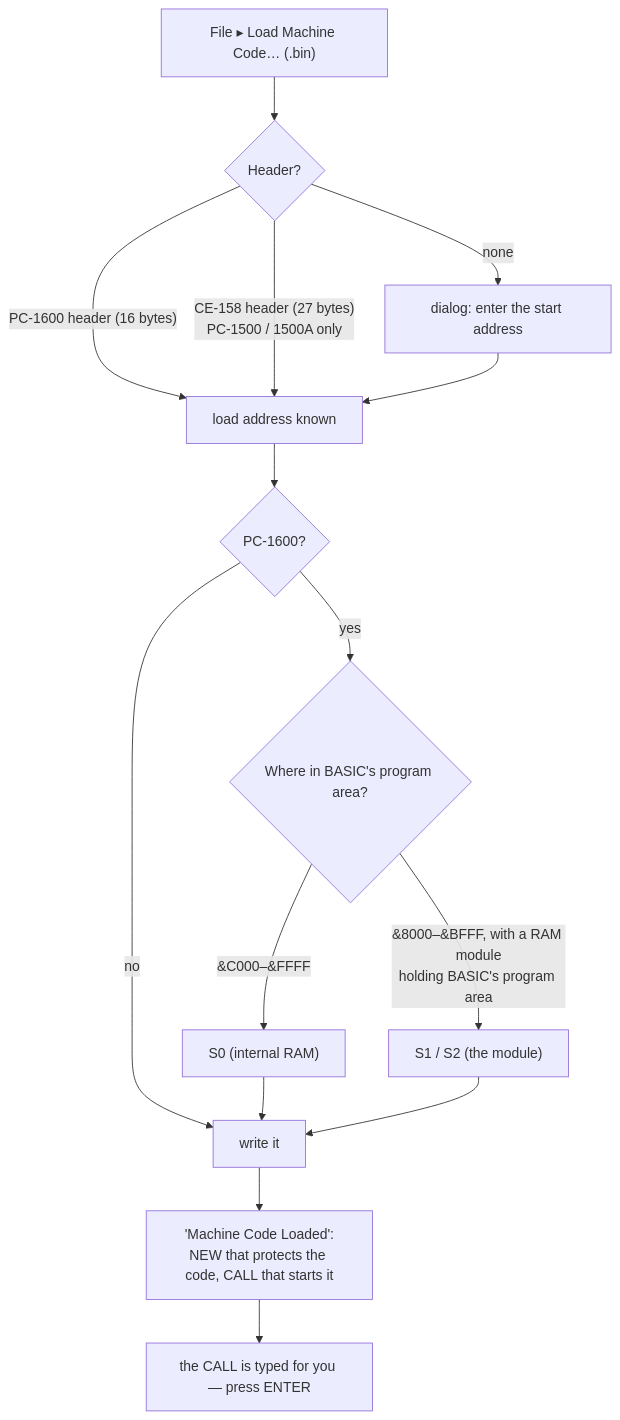
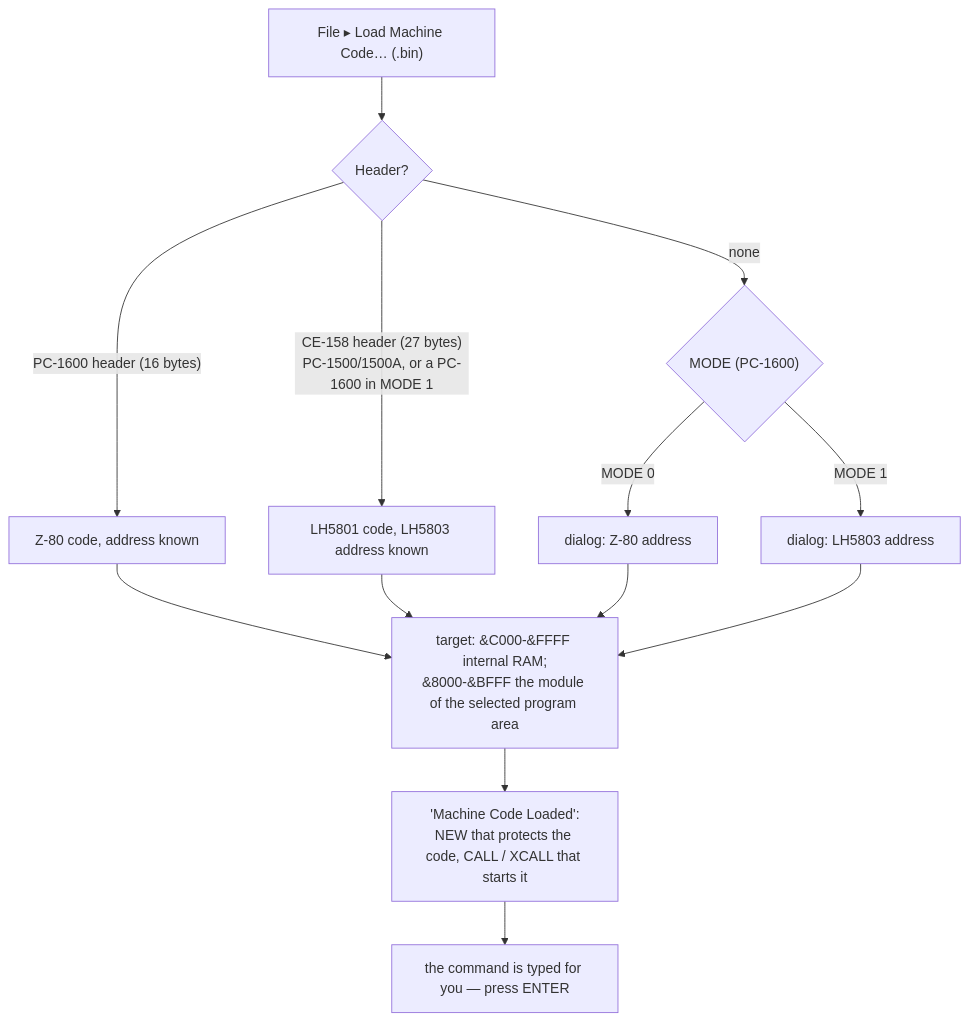
Before and after one commit to tinue/Calc-U-1600: the fifth of 8 diagrams in docs/User-Guide.md, drawn with Mermaid. The commit also changed other lines of this file and 3 other files, not shown here.

````diff
--- a/docs/User-Guide.md
+++ b/docs/User-Guide.md
@@ -305,15 +318,15 @@
 ```mermaid
 flowchart TD
     F["File ▸ Load Machine Code… (.bin)"] --> H{"Header?"}
-    H -->|"PC-1600 header (16 bytes)"| A["load address known"]
-    H -->|"CE-158 header (27 bytes)<br/>PC-1500 / 1500A only"| A
-    H -->|none| D["dialog: enter the start address"]
-    D --> A
-    A --> P{"PC-1600?"}
-    P -->|no| L["write it"]
-    P -->|yes| S{"Where in BASIC's program area?"}
-    S -->|"&C000–&FFFF"| S0["S0 (internal RAM)"] --> L
-    S -->|"&8000–&BFFF, with a RAM module<br/>holding BASIC's program area"| S12["S1 / S2 (the module)"] --> L
-    L --> B["'Machine Code Loaded':<br/>NEW that protects the code, CALL that starts it"]
-    B --> C["the CALL is typed for you — press ENTER"]
+    H -->|"PC-1600 header (16 bytes)"| Z["Z-80 code, address known"]
+    H -->|"CE-158 header (27 bytes)<br/>PC-1500/1500A, or a PC-1600 in MODE 1"| L["LH5801 code, LH5803 address known"]
+    H -->|none| D{"MODE (PC-1600)"}
+    D -->|"MODE 0"| DZ["dialog: Z-80 address"]
+    D -->|"MODE 1"| DL["dialog: LH5803 address"]
+    Z --> P["target: &C000-&FFFF internal RAM;<br/>&8000-&BFFF the module of the selected program area"]
+    L --> P
+    DZ --> P
+    DL --> P
+    P --> B["'Machine Code Loaded':<br/>NEW that protects the code, CALL / XCALL that starts it"]
+    B --> C["the command is typed for you — press ENTER"]
 ```
````
